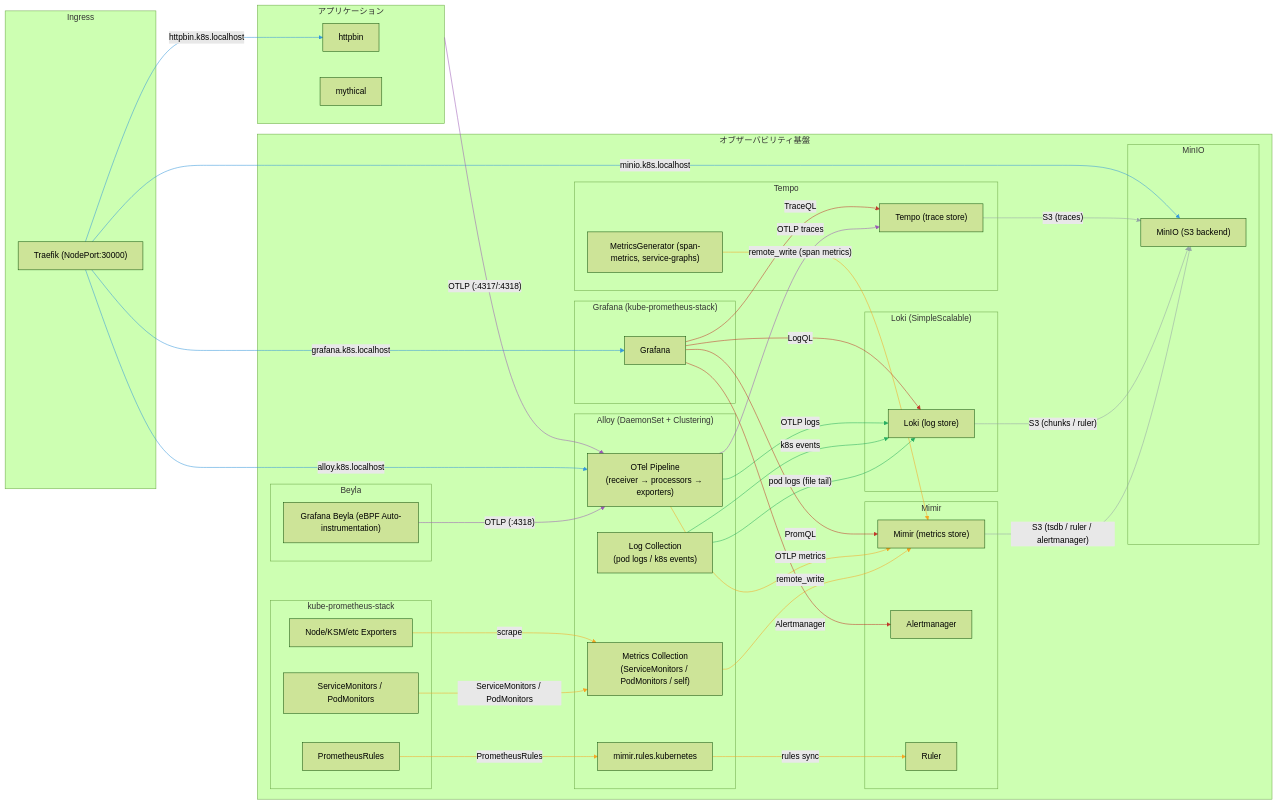
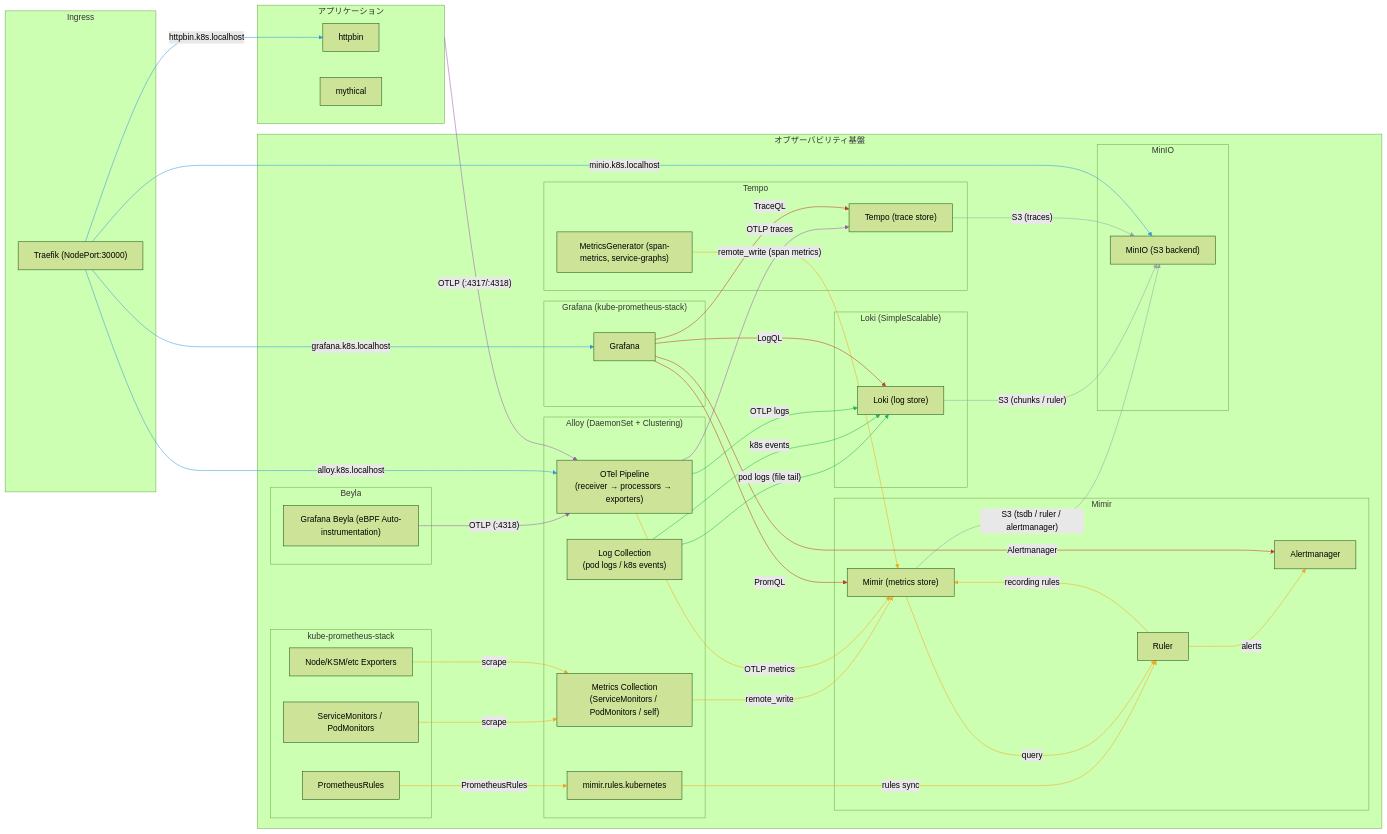
One commit to buzztaiki/sandbox changed the diagram in k8s/alloy-kube-prom-stack/README.md. Above: the diagram before and after it, drawn with Mermaid (forest theme).

Commit message:
add Mimir internal relations and fix scrape label

```diff
--- a/k8s/alloy-kube-prom-stack/README.md
+++ b/k8s/alloy-kube-prom-stack/README.md
@@ -93,7 +93,7 @@
     alloy_rules m2@-->|"rules sync"| mimir_ruler
 
     %% Alloy scrape via CRDs
-    kube_monitors m3@-->|"ServiceMonitors / PodMonitors"| alloy_metrics
+    kube_monitors m3@-->|"scrape"| alloy_metrics
     exporters m4@-->|"scrape"| alloy_metrics
     kube_rules m7@-->|"PrometheusRules"| alloy_rules
 
@@ -107,6 +107,11 @@
 
     %% Alloy OTel -> metrics
     alloy_otel m6@-->|"OTLP metrics"| mimir
+
+    %% Mimir internal: Ruler <-> Mimir, Ruler -> Alertmanager
+    mimir x1@-->|"query"| mimir_ruler
+    mimir_ruler x2@-->|"recording rules"| mimir
+    mimir_ruler x3@-->|"alerts"| mimir_am
 
     %% Tempo MetricsGenerator -> Mimir
     tempo_mg m5@-->|"remote_write (span metrics)"| mimir
@@ -136,7 +141,7 @@
     classDef ingress stroke:#3498db
 
     class t1,t2,t3 traces
-    class m1,m2,m3,m4,m5,m6,m7 metrics
+    class m1,m2,m3,m4,m5,m6,m7,x1,x2,x3 metrics
     class l1,l2,l3 logs
     class s1,s2,s3 storage
     class r1,r2,r3,r4 read
```
